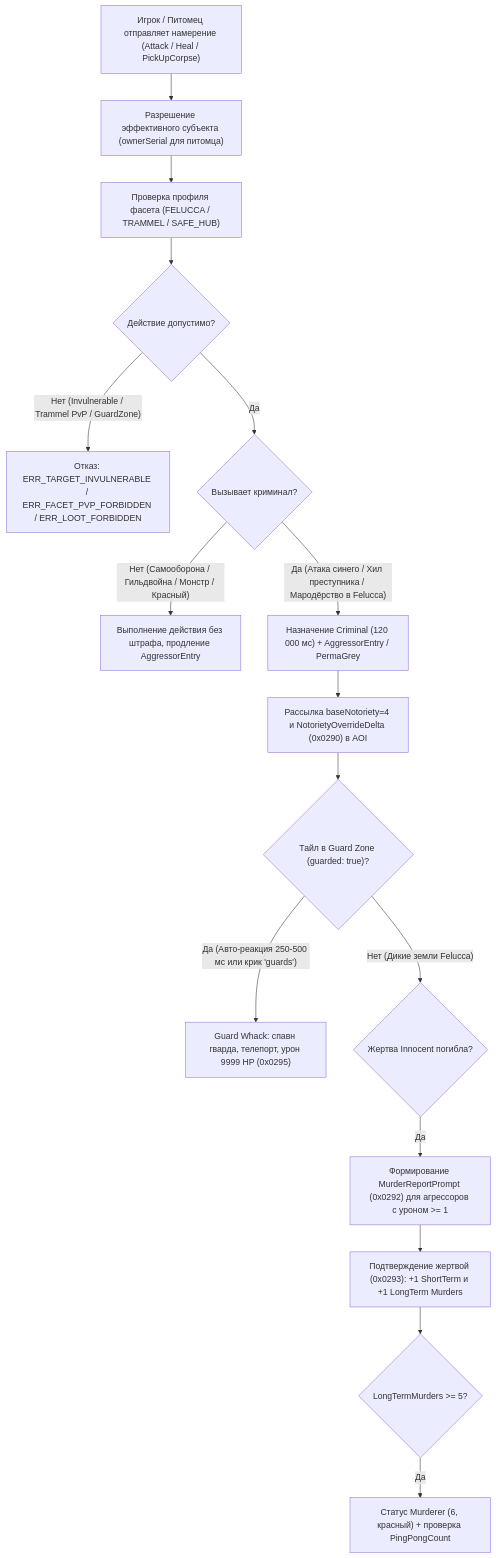
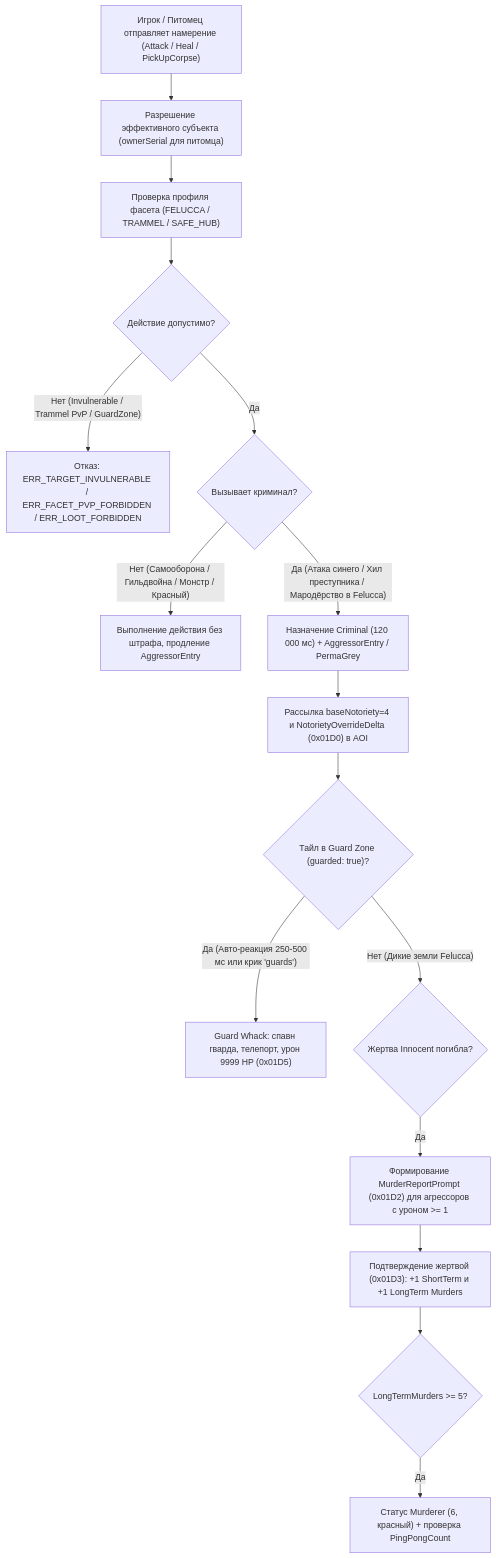
One commit to SergioAndreev/uo3 changed the first of 2 diagrams in openspec/changes/p17-notoriety-and-pvp/design.md. Above: the diagram before and after it, drawn with Mermaid. The commit also changed other lines of this file and 188 other files, not shown here.

````diff
--- a/openspec/changes/p17-notoriety-and-pvp/design.md
+++ b/openspec/changes/p17-notoriety-and-pvp/design.md
@@ -115,18 +115,18 @@
 ```mermaid
 flowchart TD
     A["Игрок / Питомец отправляет намерение (Attack / Heal / PickUpCorpse)"] --> B["Разрешение эффективного субъекта (ownerSerial для питомца)"]
     B --> C["Проверка профиля фасета (FELUCCA / TRAMMEL / SAFE_HUB)"]
     C --> D{"Действие допустимо?"}
     D -- "Нет (Invulnerable / Trammel PvP / GuardZone)" --> E["Отказ: ERR_TARGET_INVULNERABLE / ERR_FACET_PVP_FORBIDDEN / ERR_LOOT_FORBIDDEN"]
     D -- "Да" --> F{"Вызывает криминал?"}
     F -- "Нет (Самооборона / Гильдвойна / Монстр / Красный)" --> G["Выполнение действия без штрафа, продление AggressorEntry"]
     F -- "Да (Атака синего / Хил преступника / Мародёрство в Felucca)" --> H["Назначение Criminal (120 000 мс) + AggressorEntry / PermaGrey"]
-    H --> I["Рассылка baseNotoriety=4 и NotorietyOverrideDelta (0x0290) в AOI"]
+    H --> I["Рассылка baseNotoriety=4 и NotorietyOverrideDelta (0x01D0) в AOI"]
     I --> J{"Тайл в Guard Zone (guarded: true)?"}
-    J -- "Да (Авто-реакция 250-500 мс или крик 'guards')" --> K["Guard Whack: спавн гварда, телепорт, урон 9999 HP (0x0295)"]
+    J -- "Да (Авто-реакция 250-500 мс или крик 'guards')" --> K["Guard Whack: спавн гварда, телепорт, урон 9999 HP (0x01D5)"]
     J -- "Нет (Дикие земли Felucca)" --> L{"Жертва Innocent погибла?"}
-    L -- "Да" --> M["Формирование MurderReportPrompt (0x0292) для агрессоров с уроном >= 1"]
-    M --> N["Подтверждение жертвой (0x0293): +1 ShortTerm и +1 LongTerm Murders"]
+    L -- "Да" --> M["Формирование MurderReportPrompt (0x01D2) для агрессоров с уроном >= 1"]
+    M --> N["Подтверждение жертвой (0x01D3): +1 ShortTerm и +1 LongTerm Murders"]
     N --> O{"LongTermMurders >= 5?"}
     O -- "Да" --> P["Статус Murderer (6, красный) + проверка PingPongCount"]
 ```
````
